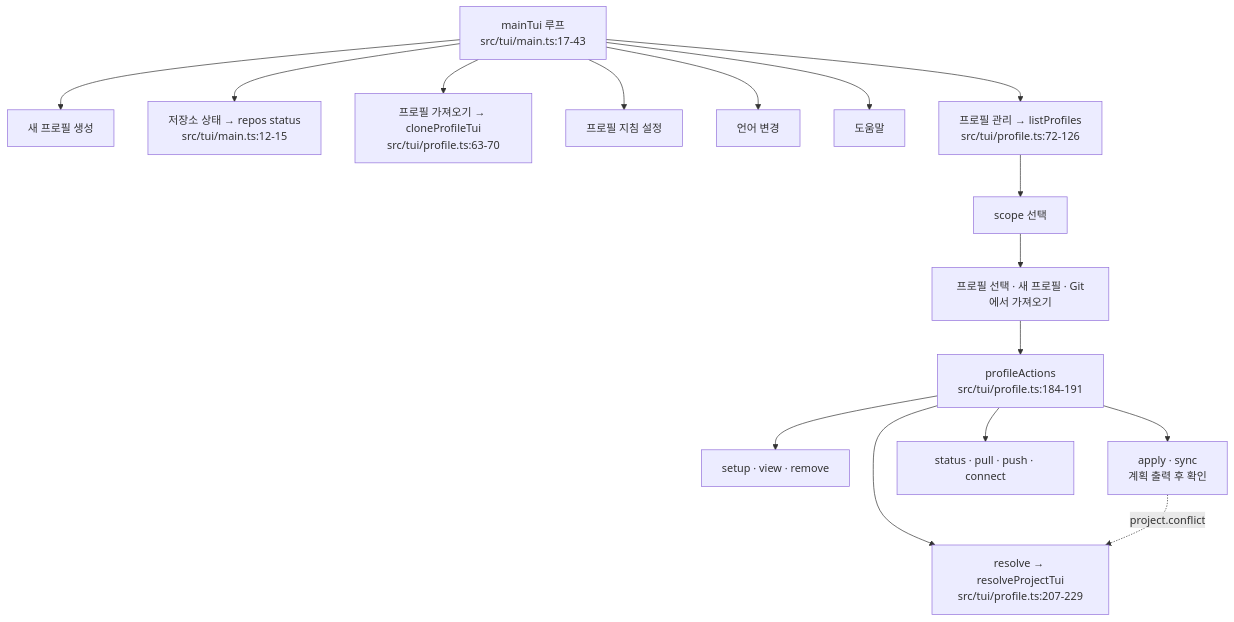
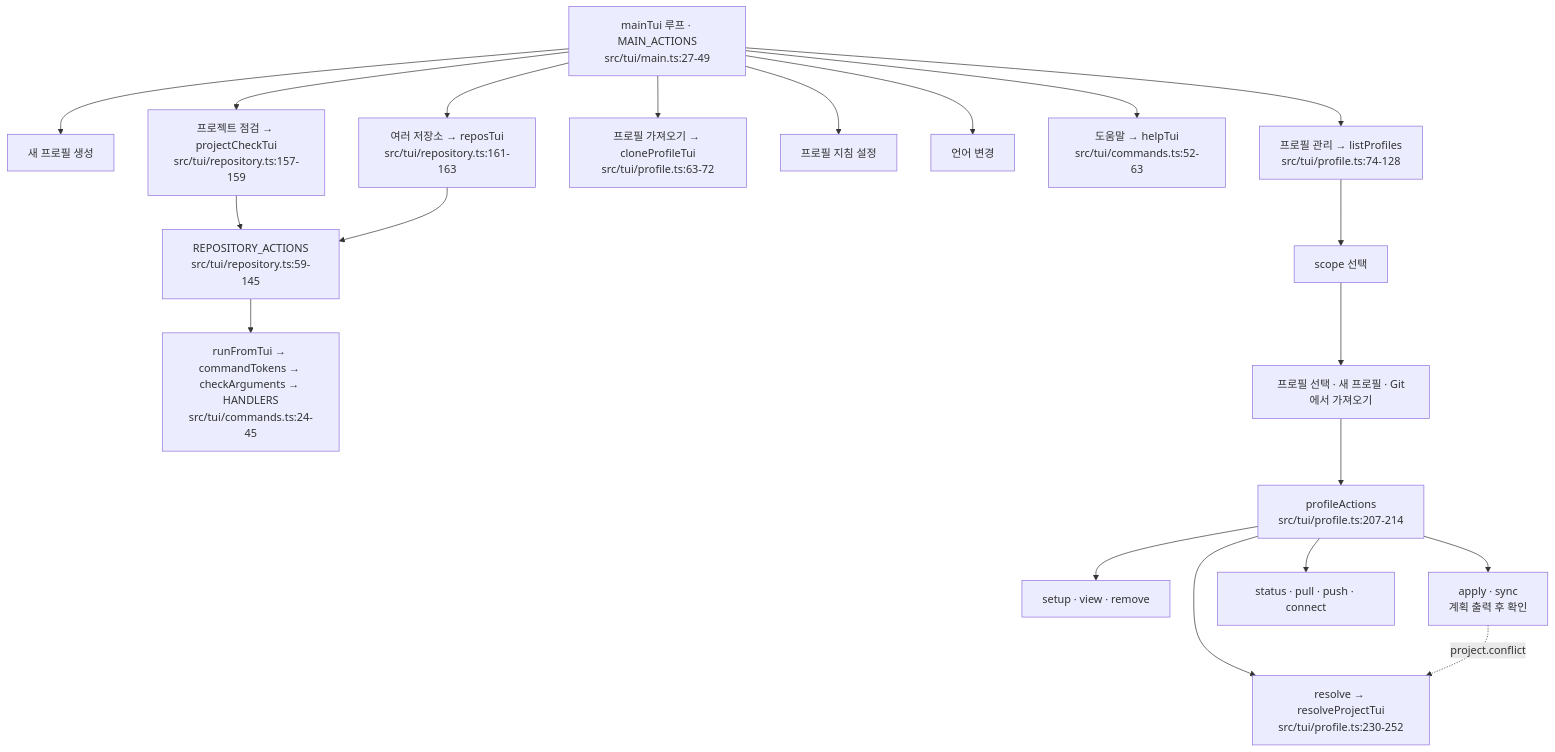
The seventh of 16 diagrams in docs/contributing/implementation-mechanics.md (IsthisLee/agent-context-manager), drawn with Mermaid before and after one commit. The commit also changed other lines of this file and 54 other files, not shown here.

````diff
--- a/docs/contributing/implementation-mechanics.md
+++ b/docs/contributing/implementation-mechanics.md
@@ -412,18 +412,22 @@
 ```mermaid
 flowchart TD
-  M["mainTui 루프<br/>src/tui/main.ts:17-43"] --> C1["새 프로필 생성"]
-  M --> RS["저장소 상태 → repos status<br/>src/tui/main.ts:12-15"]
-  M --> CL["프로필 가져오기 → cloneProfileTui<br/>src/tui/profile.ts:63-70"]
+  M["mainTui 루프 · MAIN_ACTIONS<br/>src/tui/main.ts:27-49"] --> C1["새 프로필 생성"]
+  M --> PC["프로젝트 점검 → projectCheckTui<br/>src/tui/repository.ts:157-159"]
+  M --> RP["여러 저장소 → reposTui<br/>src/tui/repository.ts:161-163"]
+  M --> CL["프로필 가져오기 → cloneProfileTui<br/>src/tui/profile.ts:63-72"]
   M --> C2["프로필 지침 설정"]
   M --> C3["언어 변경"]
-  M --> C4["도움말"]
-  M --> MG["프로필 관리 → listProfiles<br/>src/tui/profile.ts:72-126"]
+  M --> C4["도움말 → helpTui<br/>src/tui/commands.ts:52-63"]
+  PC --> RA["REPOSITORY_ACTIONS<br/>src/tui/repository.ts:59-145"]
+  RP --> RA
+  RA --> RUN["runFromTui → commandTokens → checkArguments → HANDLERS<br/>src/tui/commands.ts:24-45"]
+  M --> MG["프로필 관리 → listProfiles<br/>src/tui/profile.ts:74-128"]
   MG --> SC["scope 선택"]
   SC --> SEL["프로필 선택 · 새 프로필 · Git에서 가져오기"]
-  SEL --> ACT["profileActions<br/>src/tui/profile.ts:184-191"]
+  SEL --> ACT["profileActions<br/>src/tui/profile.ts:207-214"]
   ACT --> A1["setup · view · remove"]
   ACT --> A2["apply · sync<br/>계획 출력 후 확인"]
   ACT --> A4["status · pull · push · connect"]
-  ACT --> A3["resolve → resolveProjectTui<br/>src/tui/profile.ts:207-229"]
+  ACT --> A3["resolve → resolveProjectTui<br/>src/tui/profile.ts:230-252"]
   A2 -.->|"project.conflict"| A3
 ```
````
